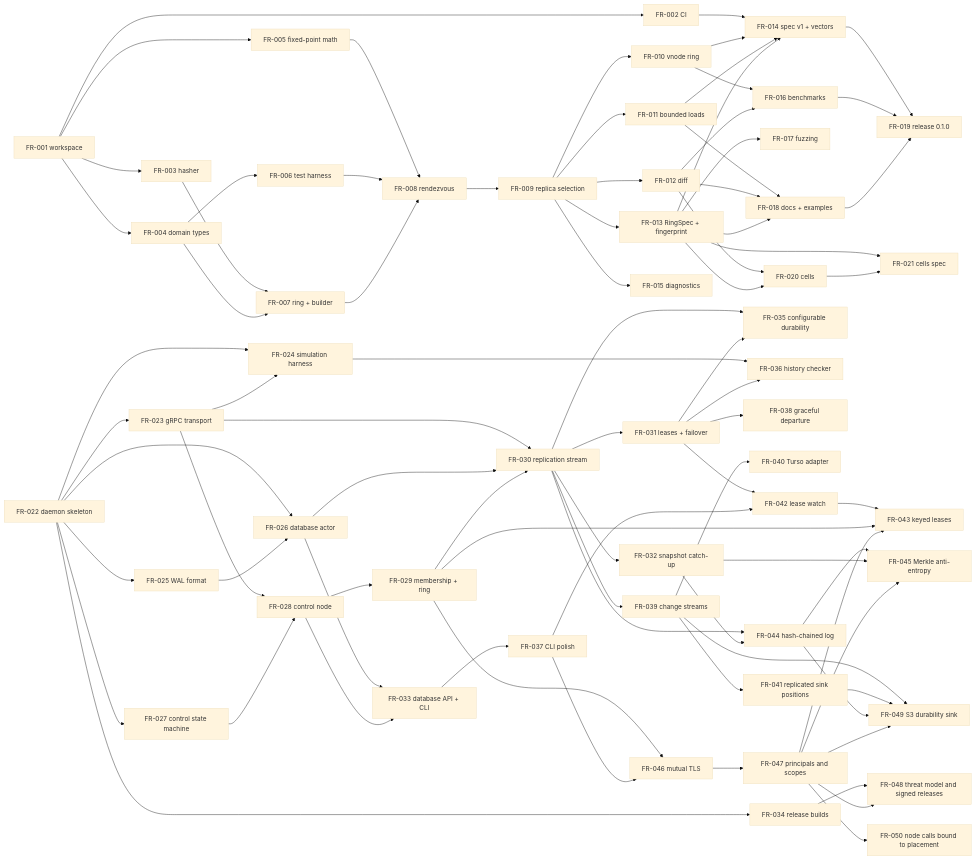
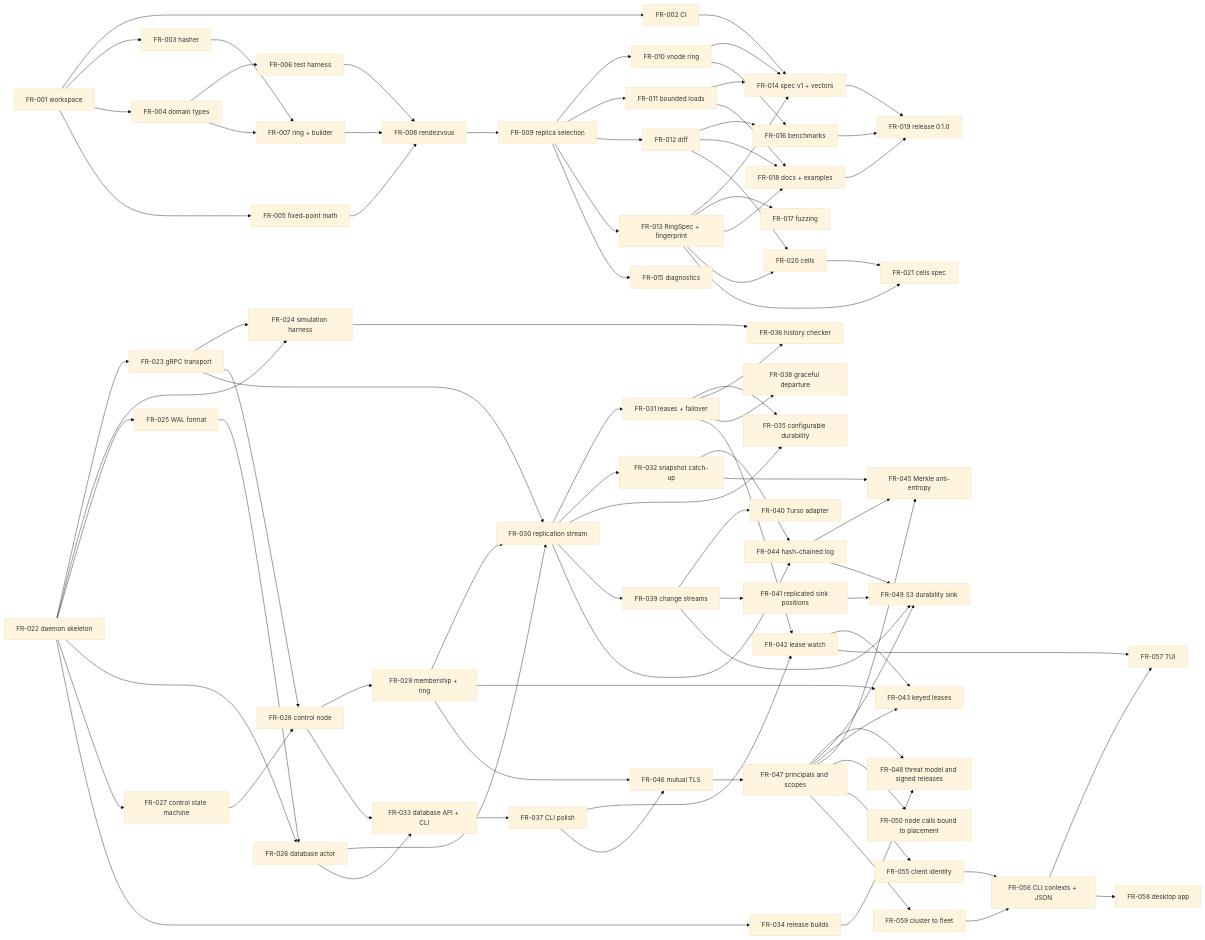
One commit to fleetring/fleetring changed the diagram in docs/tickets/README.md. Above: the diagram before and after it, drawn with Mermaid (base theme). The commit also changed other lines of this file and 4 other files, not shown here.

First line of the commit message:
docs(tickets): ticket CLI contexts, the TUI, the desktop app, and fleet

````diff
--- a/docs/tickets/README.md
+++ b/docs/tickets/README.md
@@ -185,4 +190,11 @@
   FR047 --> FR043
   FR047 --> FR045
   FR047 --> FR050[FR-050 node calls bound to placement]
+  FR047 --> FR055[FR-055 client identity]
+  FR047 --> FR059[FR-059 cluster to fleet]
+  FR055 --> FR056[FR-056 CLI contexts + JSON]
+  FR059 --> FR056
+  FR056 --> FR057[FR-057 TUI]
+  FR042 --> FR057
+  FR056 --> FR058[FR-058 desktop app]
 ```
````
